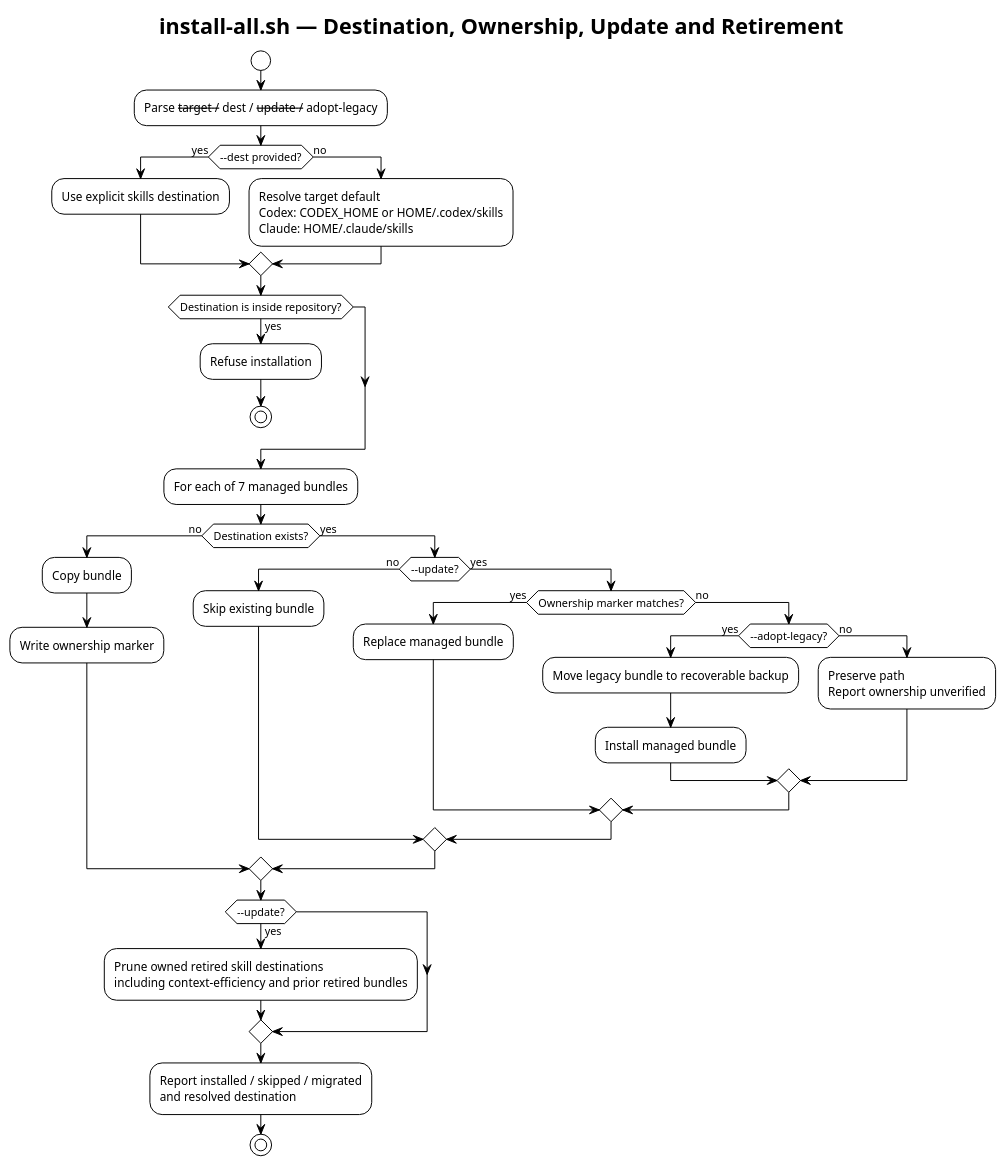
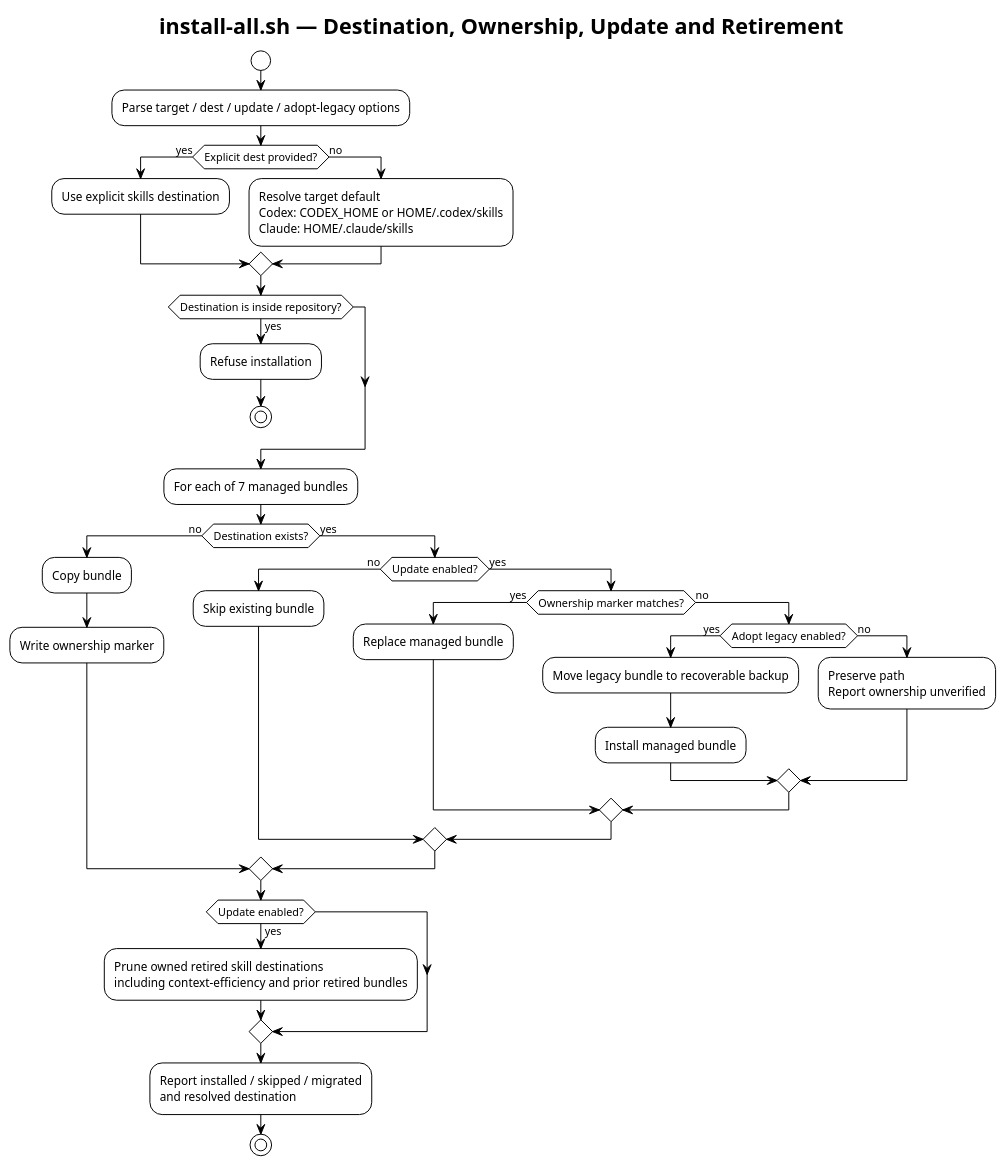
The diagram in docs/deployment/diagrams/installer-decision-flow.puml (i-zrhe2016/codex-development-workflow), drawn with PlantUML before and after one commit.

Commit message:
fix(diagrams): avoid option labels rendering as strike-through

```diff
--- a/docs/deployment/diagrams/installer-decision-flow.puml
+++ b/docs/deployment/diagrams/installer-decision-flow.puml
@@ -1,50 +1,50 @@
 @startuml
 !theme plain
 skinparam shadowing false
 skinparam defaultFontName Arial
 
 title install-all.sh — Destination, Ownership, Update and Retirement
 
 start
-:Parse --target / --dest / --update / --adopt-legacy;
+:Parse target / dest / update / adopt-legacy options;
 
-if (--dest provided?) then (yes)
+if (Explicit dest provided?) then (yes)
   :Use explicit skills destination;
 else (no)
   :Resolve target default\nCodex: CODEX_HOME or HOME/.codex/skills\nClaude: HOME/.claude/skills;
 endif
 
 if (Destination is inside repository?) then (yes)
   :Refuse installation;
   stop
 endif
 
 :For each of 7 managed bundles;
 
 if (Destination exists?) then (no)
   :Copy bundle;
   :Write ownership marker;
 else (yes)
-  if (--update?) then (no)
+  if (Update enabled?) then (no)
     :Skip existing bundle;
   else (yes)
     if (Ownership marker matches?) then (yes)
       :Replace managed bundle;
     else (no)
-      if (--adopt-legacy?) then (yes)
+      if (Adopt legacy enabled?) then (yes)
         :Move legacy bundle to recoverable backup;
         :Install managed bundle;
       else (no)
         :Preserve path\nReport ownership unverified;
       endif
     endif
   endif
 endif
 
-if (--update?) then (yes)
+if (Update enabled?) then (yes)
   :Prune owned retired skill destinations\nincluding context-efficiency and prior retired bundles;
 endif
 
 :Report installed / skipped / migrated\nand resolved destination;
 stop
 @enduml
```
